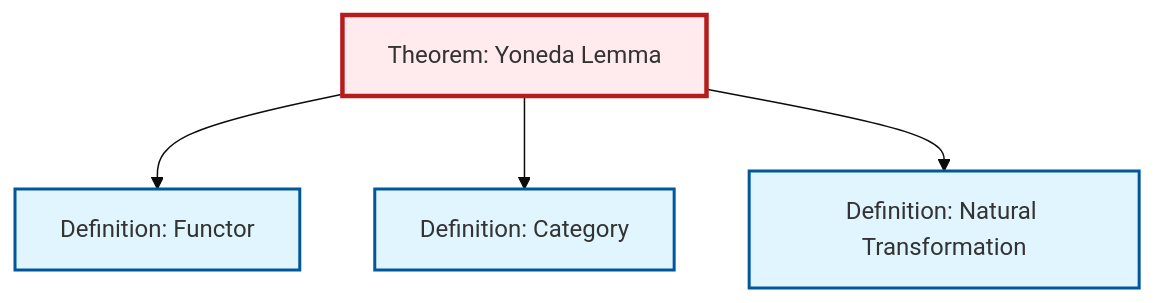
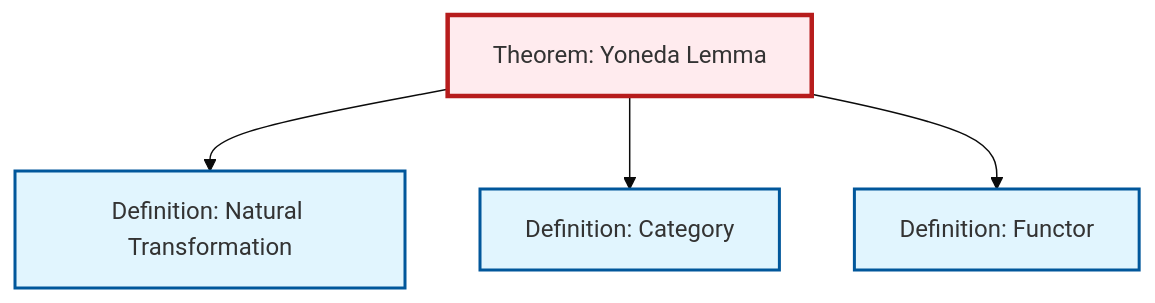
The diagram in content/en/category-theory/thm-yoneda.qmd (RK0429/ModernMath), drawn with Mermaid (base theme) before and after one commit. The commit also changed other lines of this file and 491 other files, not shown here.

````diff
--- a/content/en/category-theory/thm-yoneda.qmd
+++ b/content/en/category-theory/thm-yoneda.qmd
@@ -88,20 +88,20 @@
 ```{mermaid}
 %%| fig-cap: "Local dependency graph"
 graph TD
     classDef definition fill:#e1f5fe,stroke:#01579b,stroke-width:2px
     classDef theorem fill:#f3e5f5,stroke:#4a148c,stroke-width:2px
     classDef axiom fill:#fff3e0,stroke:#e65100,stroke-width:2px
     classDef example fill:#e8f5e9,stroke:#1b5e20,stroke-width:2px
     classDef current fill:#ffebee,stroke:#b71c1c,stroke-width:3px
     def-natural-transformation["Definition: Natural Transformation"]:::definition
     thm-yoneda["Theorem: Yoneda Lemma"]:::theorem
+    def-category["Definition: Category"]:::definition
     def-functor["Definition: Functor"]:::definition
-    def-category["Definition: Category"]:::definition
+    thm-yoneda --> def-natural-transformation
+    thm-yoneda --> def-category
     thm-yoneda --> def-functor
-    thm-yoneda --> def-category
-    thm-yoneda --> def-natural-transformation
     class thm-yoneda current
     click def-natural-transformation "def-natural-transformation.html" "Go to Natural Transformation definition"
+    click def-category "def-category.html" "Go to Category definition"
     click def-functor "def-functor.html" "Go to Functor definition"
-    click def-category "def-category.html" "Go to Category definition"
 ```
````
